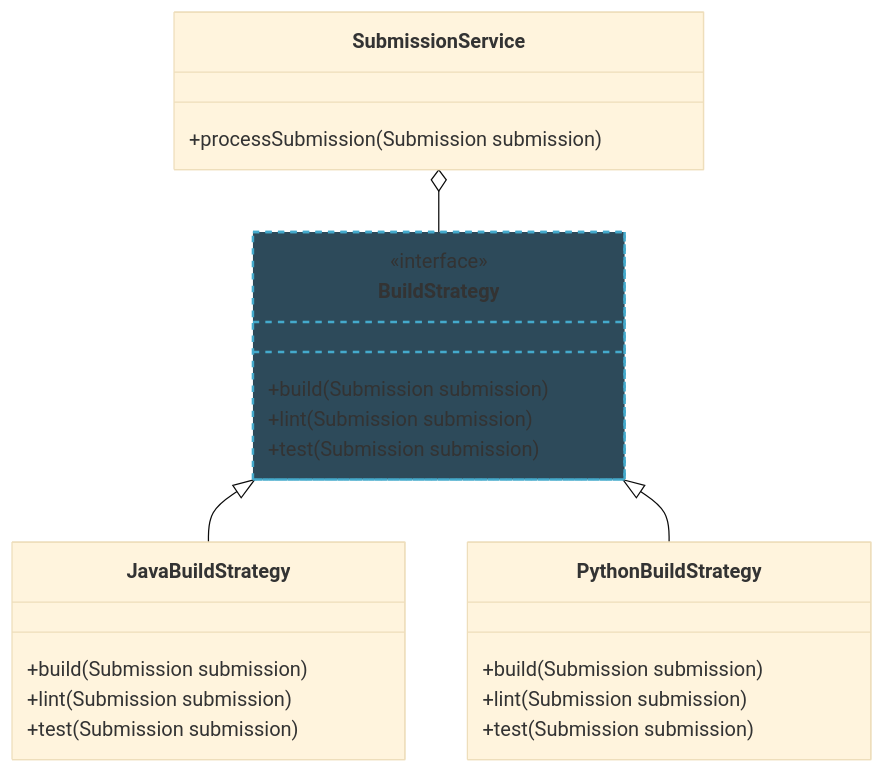
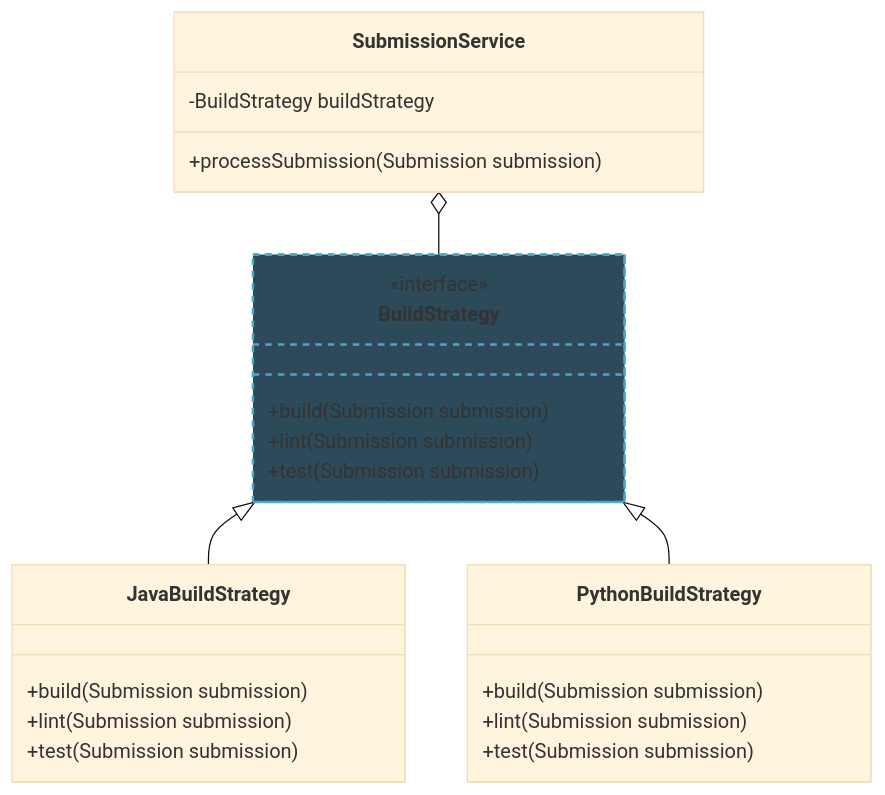
One commit to neu-pdi/cs3100-public-resources changed the sixth of 7 diagrams in lecture-slides/l7-design-for-change.mdx. Above: the diagram before and after it, drawn with Mermaid (base theme). The commit also changed other lines of this file and 4 other files, not shown here.

````diff
--- a/lecture-slides/l7-design-for-change.mdx
+++ b/lecture-slides/l7-design-for-change.mdx
@@ -1183,27 +1335,28 @@
 ```mermaid
 classDiagram
     direction TB
     class SubmissionService {
+        -BuildStrategy buildStrategy
         +processSubmission(Submission submission)
     }
     class BuildStrategy {
         <<interface>>
         +build(Submission submission)
         +lint(Submission submission)
         +test(Submission submission)
     }
     class JavaBuildStrategy {
         +build(Submission submission)
         +lint(Submission submission)
         +test(Submission submission)
     }
     class PythonBuildStrategy {
         +build(Submission submission)
         +lint(Submission submission)
         +test(Submission submission)
     }
     BuildStrategy <|-- JavaBuildStrategy
     BuildStrategy <|-- PythonBuildStrategy
     SubmissionService o-- BuildStrategy
     style BuildStrategy fill:#2d4a5a,stroke:#4ac,stroke-width:2px,stroke-dasharray: 5 5
 ```
````
